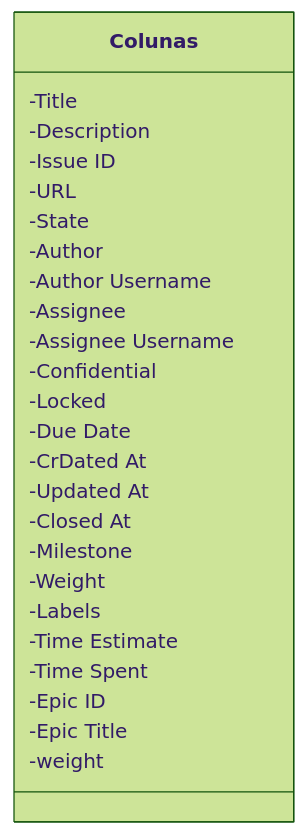
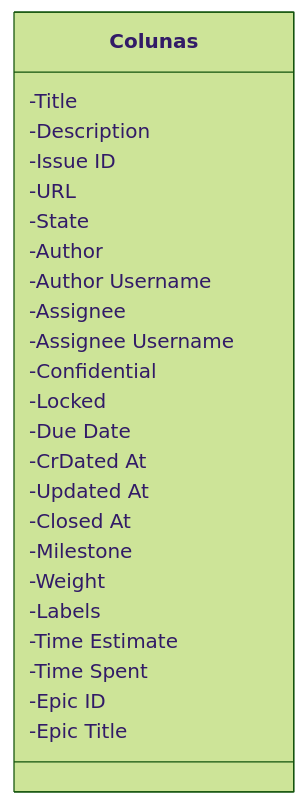
Before and after one commit to giseldo/neodataset: the diagram in README.md, drawn with Mermaid (forest theme).

````diff
--- a/README.md
+++ b/README.md
@@ -13,28 +13,27 @@
    ```mermaid
    classDiagram
        class Colunas{
         -Title
         -Description
         -Issue ID
         -URL
         -State
         -Author
         -Author Username
         -Assignee
         -Assignee Username
         -Confidential
         -Locked
         -Due Date
         -CrDated At
         -Updated At
         -Closed At
         -Milestone
         -Weight
         -Labels
         -Time Estimate
         -Time Spent
         -Epic ID
         -Epic Title
-        -weight
         }
    ```
````
